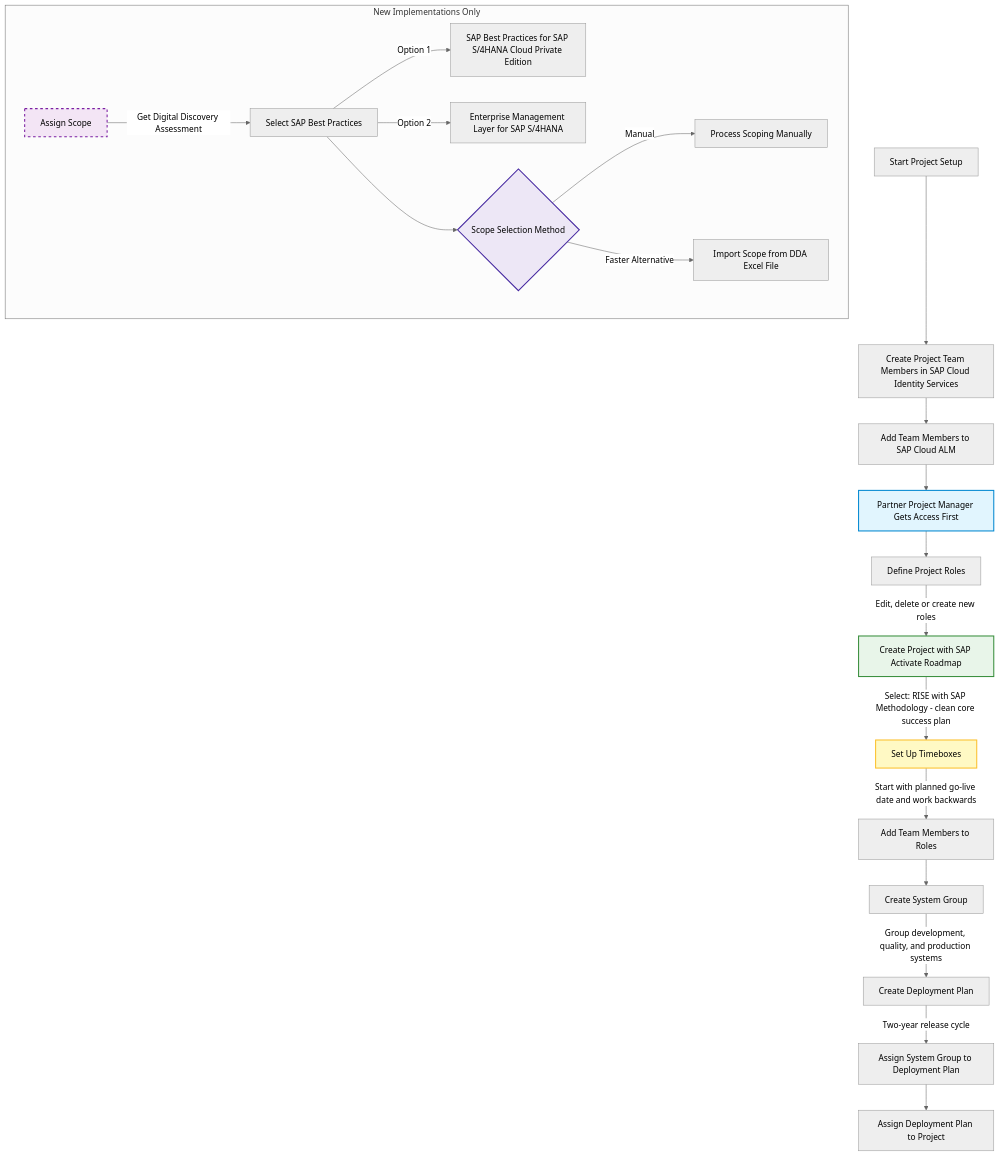
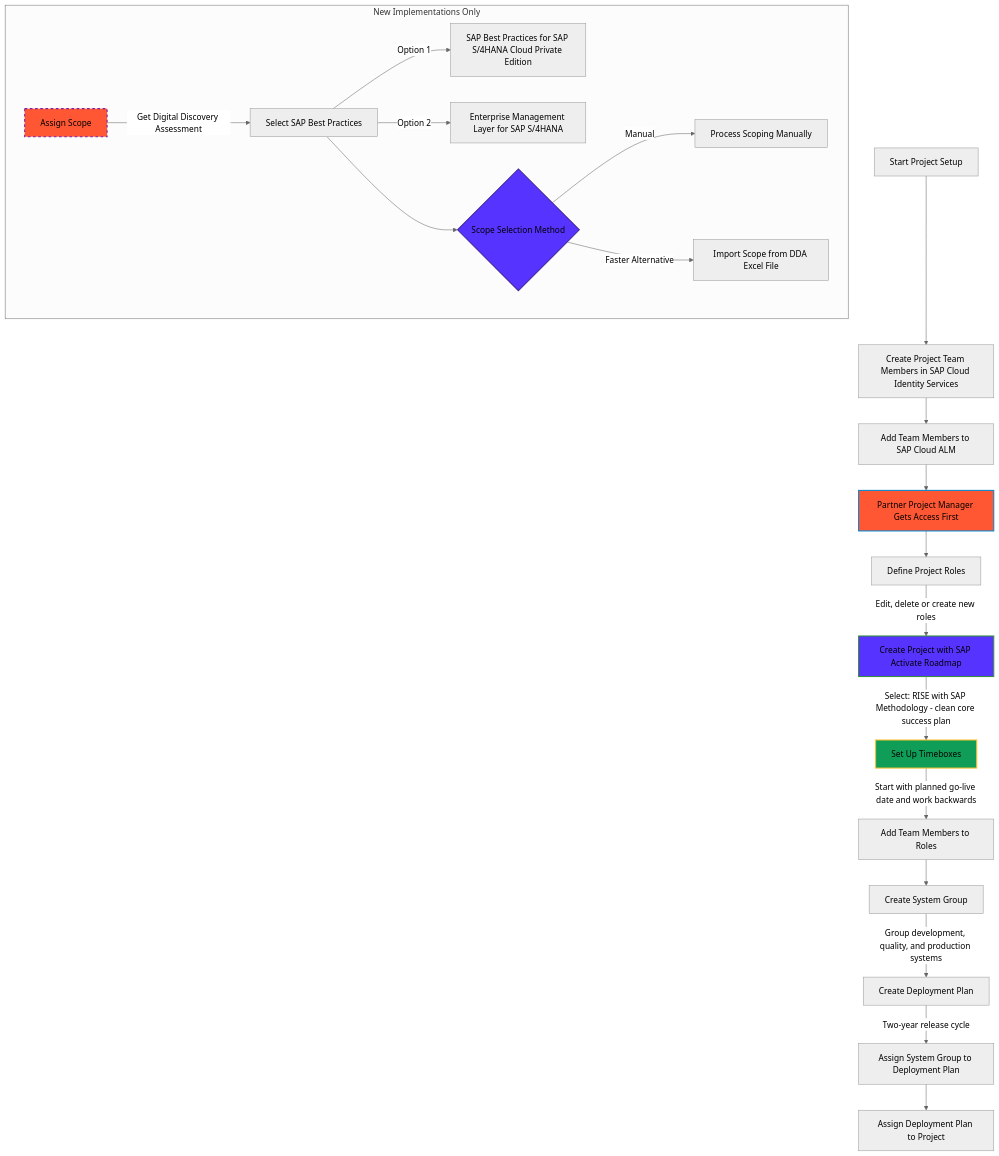
Before and after one commit to sapflashcards/S4CPE: the diagram in calm-setup.md, drawn with Mermaid (neutral theme).

````diff
--- a/calm-setup.md
+++ b/calm-setup.md
@@ -1,31 +1,31 @@
 ```mermaid
 flowchart TD
     A[Start Project Setup] --> B[Create Project Team Members in SAP Cloud Identity Services]
     B --> C[Add Team Members to SAP Cloud ALM]
     C --> D[Partner Project Manager Gets Access First]
     
     D --> E[Define Project Roles]
     E -->|Edit, delete or create new roles| F[Create Project with SAP Activate Roadmap]
     F -->|Select: RISE with SAP Methodology - clean core success plan| G[Set Up Timeboxes]
     G -->|Start with planned go-live date and work backwards| H[Add Team Members to Roles]
     
     subgraph "New Implementations Only"
         I[Assign Scope] -->|Get Digital Discovery Assessment| J[Select SAP Best Practices]
         J -->|Option 1| K[SAP Best Practices for SAP S/4HANA Cloud Private Edition]
         J -->|Option 2| L[Enterprise Management Layer for SAP S/4HANA]
         J --> M{Scope Selection Method}
         M -->|Manual| N[Process Scoping Manually]
         M -->|Faster Alternative| O[Import Scope from DDA Excel File]
     end
     
     H --> P[Create System Group]
     P -->|Group development, quality, and production systems| Q[Create Deployment Plan]
     Q -->|Two-year release cycle| R[Assign System Group to Deployment Plan]
     R --> S[Assign Deployment Plan to Project]
     
-    style D fill:#e1f5fe,stroke:#0288d1,stroke-width:2px
-    style F fill:#e8f5e9,stroke:#388e3c,stroke-width:2px
-    style G fill:#fff9c4,stroke:#fbc02d,stroke-width:2px
-    style I fill:#f3e5f5,stroke:#7b1fa2,stroke-width:2px,stroke-dasharray: 5 5
-    style M fill:#ede7f6,stroke:#4527a0,stroke-width:2px
+    style D fill:#FF5733,stroke:#0288d1,stroke-width:2px
+    style F fill:#5733FF,stroke:#388e3c,stroke-width:2px
+    style G fill:#0F9D58,stroke:#fbc02d,stroke-width:2px
+    style I fill:#FF5733,stroke:#7b1fa2,stroke-width:2px,stroke-dasharray: 5 5
+    style M fill:#5733FF,stroke:#4527a0,stroke-width:2px
 ```
````
